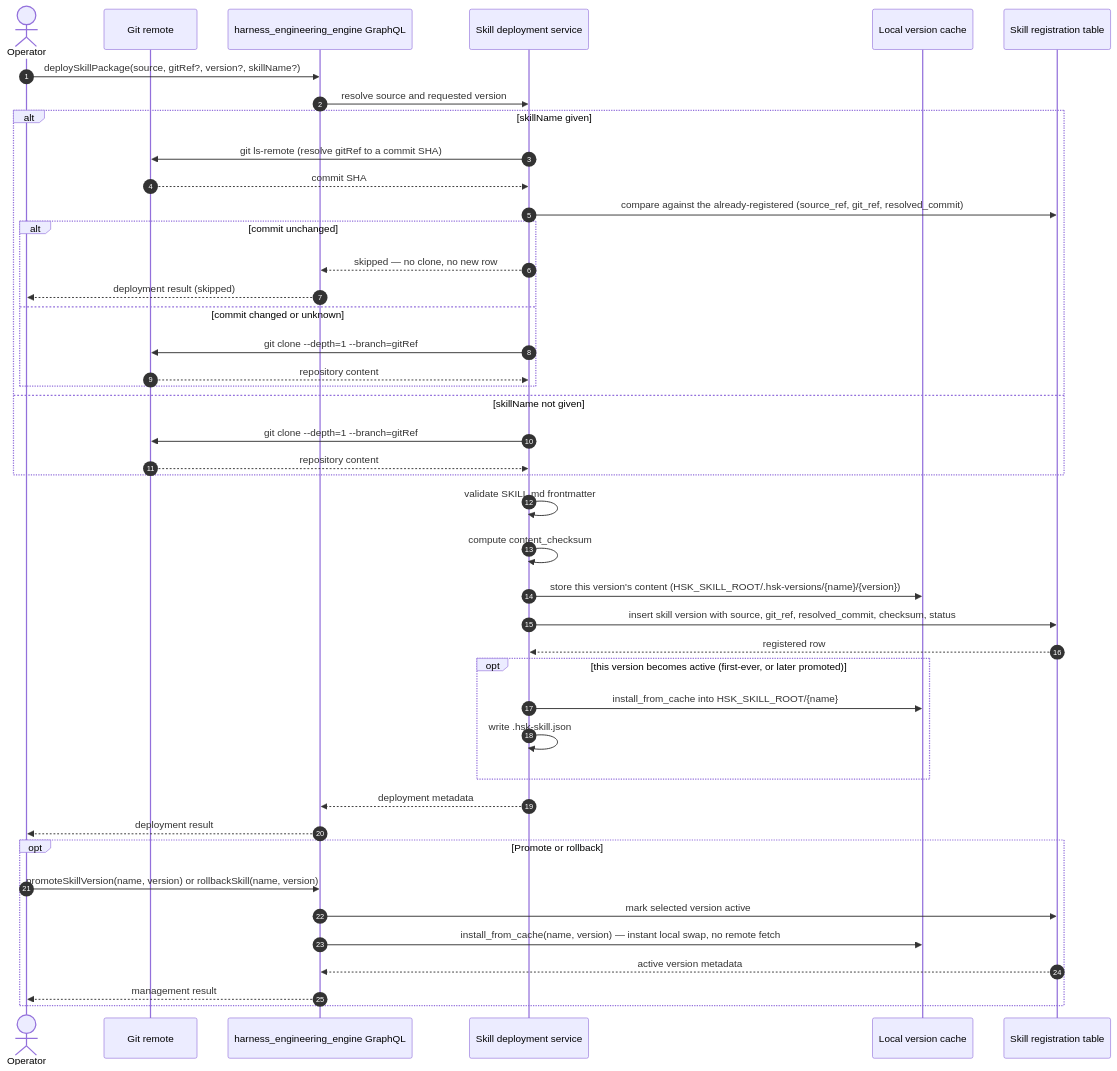
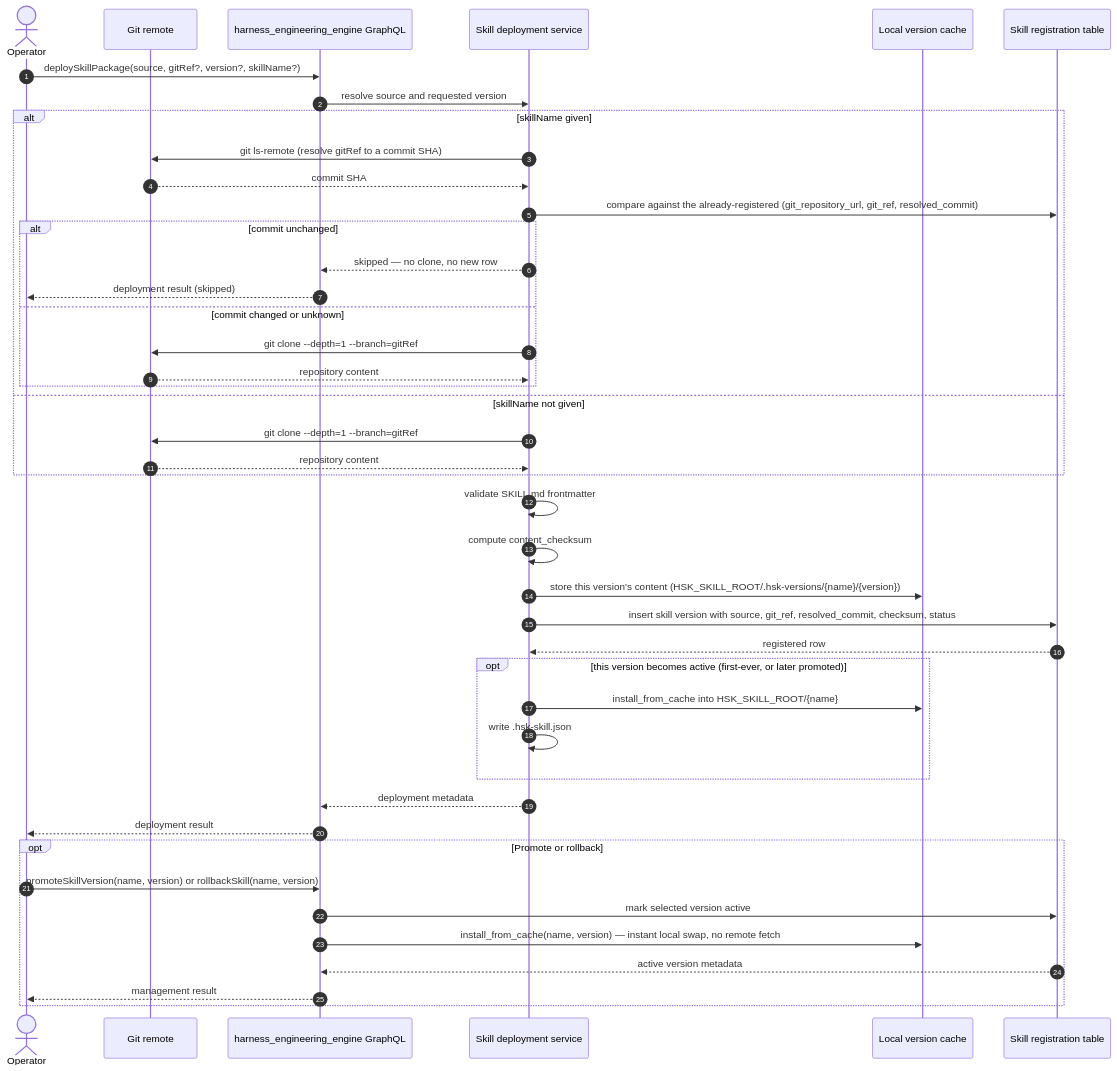
The first of 5 diagrams in docs/DEVELOPMENT_PLAN.md (ideabosque/harness_engineering_engine), drawn with Mermaid before and after one commit. The commit also changed other lines of this file and 26 other files, not shown here.

````diff
--- a/docs/DEVELOPMENT_PLAN.md
+++ b/docs/DEVELOPMENT_PLAN.md
@@ -112,47 +112,47 @@
 ```mermaid
 sequenceDiagram
     autonumber
     actor Operator
     participant Source as Git remote
     participant GraphQL as harness_engineering_engine GraphQL
     participant Packager as Skill deployment service
     participant Cache as Local version cache
     participant DB as Skill registration table
 
     Operator->>GraphQL: deploySkillPackage(source, gitRef?, version?, skillName?)
     GraphQL->>Packager: resolve source and requested version
     alt skillName given
         Packager->>Source: git ls-remote (resolve gitRef to a commit SHA)
         Source-->>Packager: commit SHA
-        Packager->>DB: compare against the already-registered (source_ref, git_ref, resolved_commit)
+        Packager->>DB: compare against the already-registered (git_repository_url, git_ref, resolved_commit)
         alt commit unchanged
             Packager-->>GraphQL: skipped — no clone, no new row
             GraphQL-->>Operator: deployment result (skipped)
         else commit changed or unknown
             Packager->>Source: git clone --depth=1 --branch=gitRef
             Source-->>Packager: repository content
         end
     else skillName not given
         Packager->>Source: git clone --depth=1 --branch=gitRef
         Source-->>Packager: repository content
     end
     Packager->>Packager: validate SKILL.md frontmatter
     Packager->>Packager: compute content_checksum
     Packager->>Cache: store this version's content (HSK_SKILL_ROOT/.hsk-versions/{name}/{version})
     Packager->>DB: insert skill version with source, git_ref, resolved_commit, checksum, status
     DB-->>Packager: registered row
     opt this version becomes active (first-ever, or later promoted)
         Packager->>Cache: install_from_cache into HSK_SKILL_ROOT/{name}
         Packager->>Packager: write .hsk-skill.json
     end
     Packager-->>GraphQL: deployment metadata
     GraphQL-->>Operator: deployment result
 
     opt Promote or rollback
         Operator->>GraphQL: promoteSkillVersion(name, version) or rollbackSkill(name, version)
         GraphQL->>DB: mark selected version active
         GraphQL->>Cache: install_from_cache(name, version) — instant local swap, no remote fetch
         DB-->>GraphQL: active version metadata
         GraphQL-->>Operator: management result
     end
 ```
````
